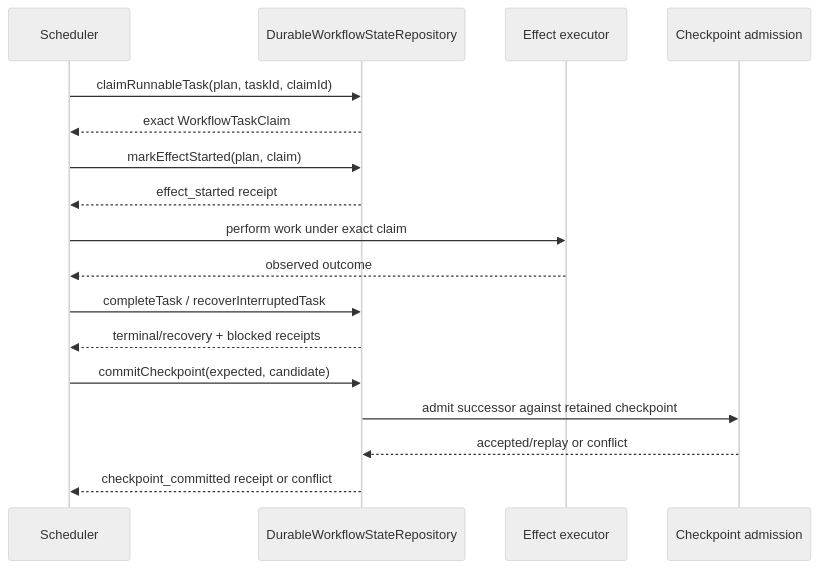
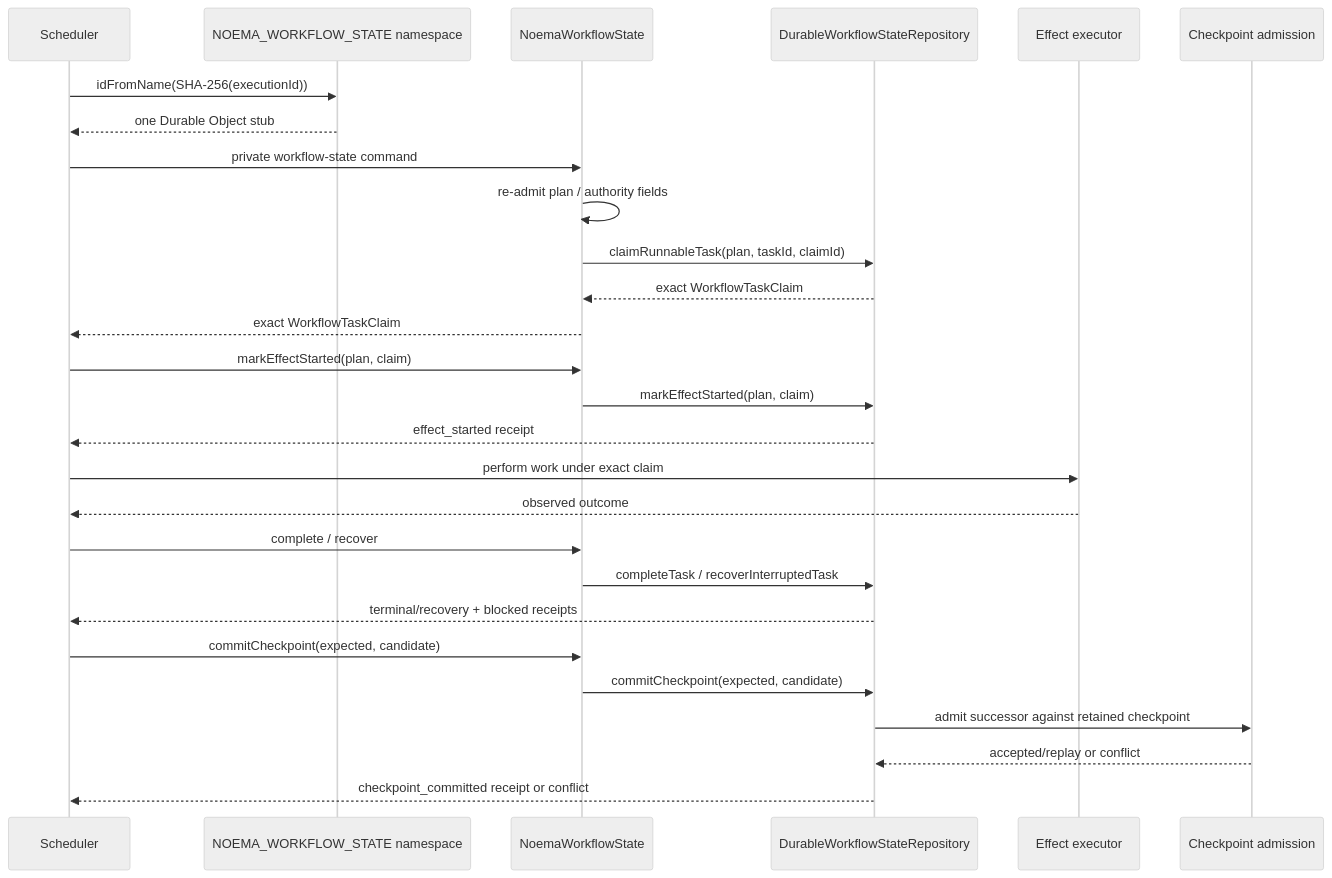
Before and after one commit to ContextualWisdomLab/noema: the diagram in docs/adr/0013-durable-workflow-execution-authority.md, drawn with Mermaid (neutral theme). The commit also changed other lines of this file, not shown here.

Commit message:
docs(workflow): bind ADR-0013 to deployed durable-object composition

````diff
--- a/docs/adr/0013-durable-workflow-execution-authority.md
+++ b/docs/adr/0013-durable-workflow-execution-authority.md
@@ -63,20 +70,30 @@
 ```mermaid
 sequenceDiagram
     participant S as Scheduler
+    participant N as NOEMA_WORKFLOW_STATE namespace
+    participant O as NoemaWorkflowState
     participant R as DurableWorkflowStateRepository
     participant E as Effect executor
     participant C as Checkpoint admission
 
-    S->>R: claimRunnableTask(plan, taskId, claimId)
-    R-->>S: exact WorkflowTaskClaim
-    S->>R: markEffectStarted(plan, claim)
+    S->>N: idFromName(SHA-256(executionId))
+    N-->>S: one Durable Object stub
+    S->>O: private workflow-state command
+    O->>O: re-admit plan / authority fields
+    O->>R: claimRunnableTask(plan, taskId, claimId)
+    R-->>O: exact WorkflowTaskClaim
+    O-->>S: exact WorkflowTaskClaim
+    S->>O: markEffectStarted(plan, claim)
+    O->>R: markEffectStarted(plan, claim)
     R-->>S: effect_started receipt
     S->>E: perform work under exact claim
     E-->>S: observed outcome
-    S->>R: completeTask / recoverInterruptedTask
+    S->>O: complete / recover
+    O->>R: completeTask / recoverInterruptedTask
     R-->>S: terminal/recovery + blocked receipts
-    S->>R: commitCheckpoint(expected, candidate)
+    S->>O: commitCheckpoint(expected, candidate)
+    O->>R: commitCheckpoint(expected, candidate)
     R->>C: admit successor against retained checkpoint
     C-->>R: accepted/replay or conflict
     R-->>S: checkpoint_committed receipt or conflict
 ```
````
